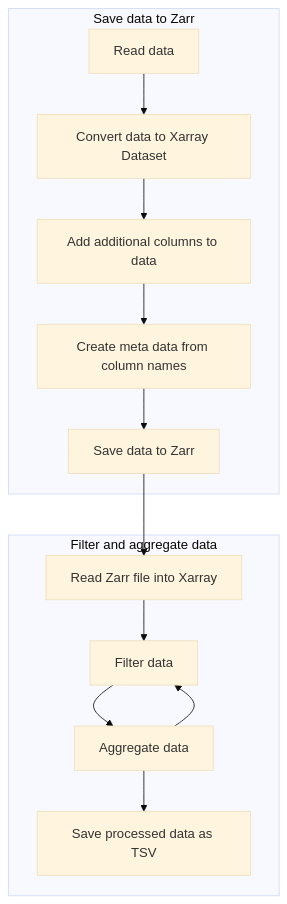
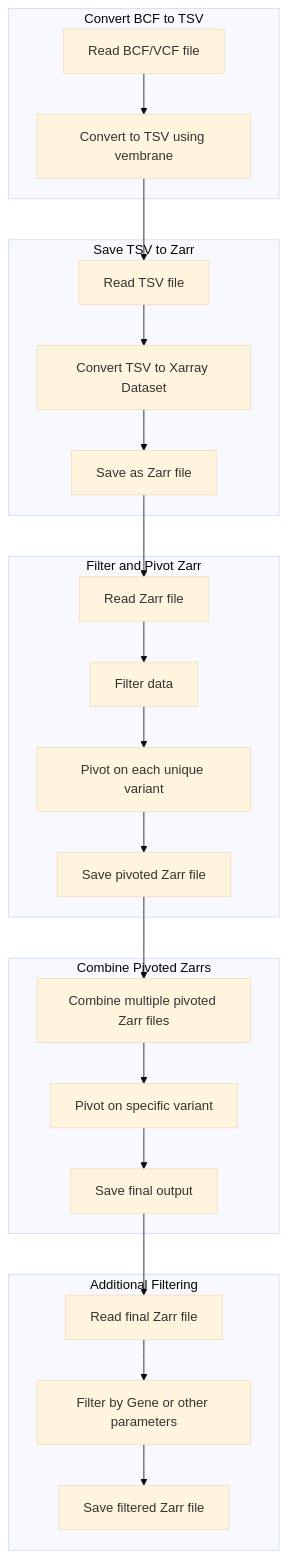
One commit to delpropo/post-varloc-data-pipeline changed the diagram in README.md. Above: the diagram before and after it, drawn with Mermaid (base theme). The commit also changed other lines of this file and 23 other files, not shown here.

````diff
--- a/README.md
+++ b/README.md
@@ -136,20 +79,27 @@
 ```mermaid
 flowchart TD
-    subgraph Save data to Zarr
-        B[Read data] --> C[Convert data to Xarray Dataset]
-        C --> D[Add additional columns to data ]
-        D --> E[Create meta data from column names]
-        E --> F[Save data to Zarr]
-        end
-    subgraph Filter and aggregate data
-        F --> K[Read Zarr file into Xarray]
-        K --> L[Filter data]
-        L --> M[Aggregate data]
-        M -->  L
-        M --> N[Save processed data as TSV]
-
+    subgraph Convert BCF to TSV
+        A[Read BCF/VCF file] --> B[Convert to TSV using vembrane]
     end
-
-
-
+    subgraph Save TSV to Zarr
+        B --> C[Read TSV file]
+        C --> D[Convert TSV to Xarray Dataset]
+        D --> E[Save as Zarr file]
+    end
+    subgraph Filter and Pivot Zarr
+        E --> F[Read Zarr file]
+        F --> G[Filter data]
+        G --> H[Pivot on each unique variant]
+        H --> I[Save pivoted Zarr file]
+    end
+    subgraph Combine Pivoted Zarrs
+        I --> J[Combine multiple pivoted Zarr files]
+        J --> K[Pivot on specific variant]
+        K --> L[Save final output]
+    end
+    subgraph Additional Filtering
+        L --> M[Read final Zarr file]
+        M --> N[Filter by Gene or other parameters]
+        N --> O[Save filtered Zarr file]
+    end
 ```
````
